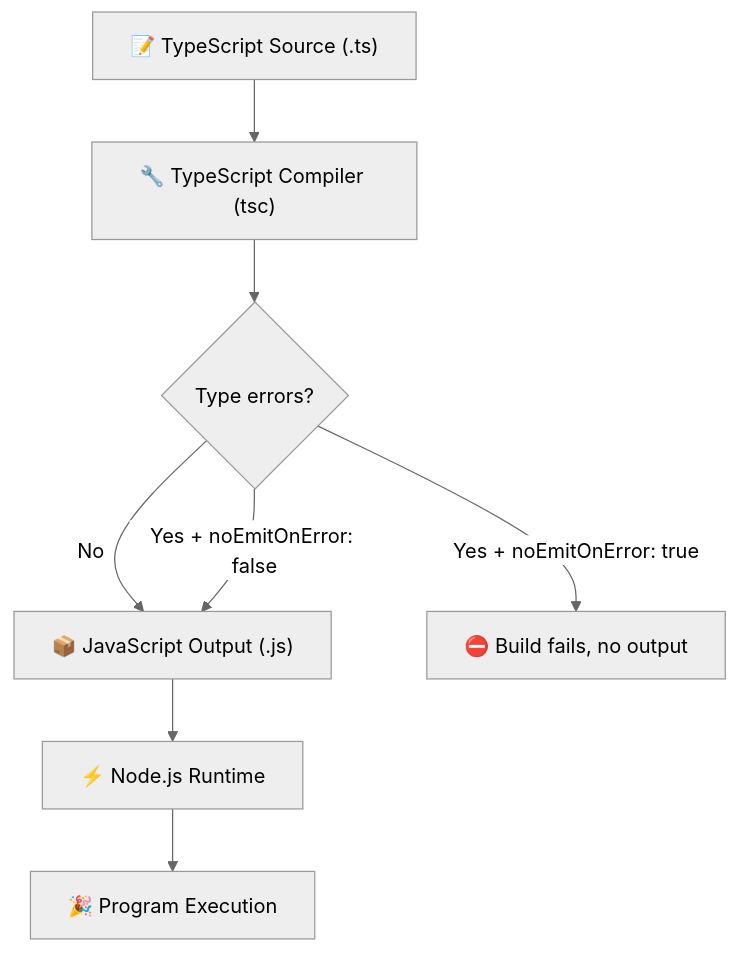
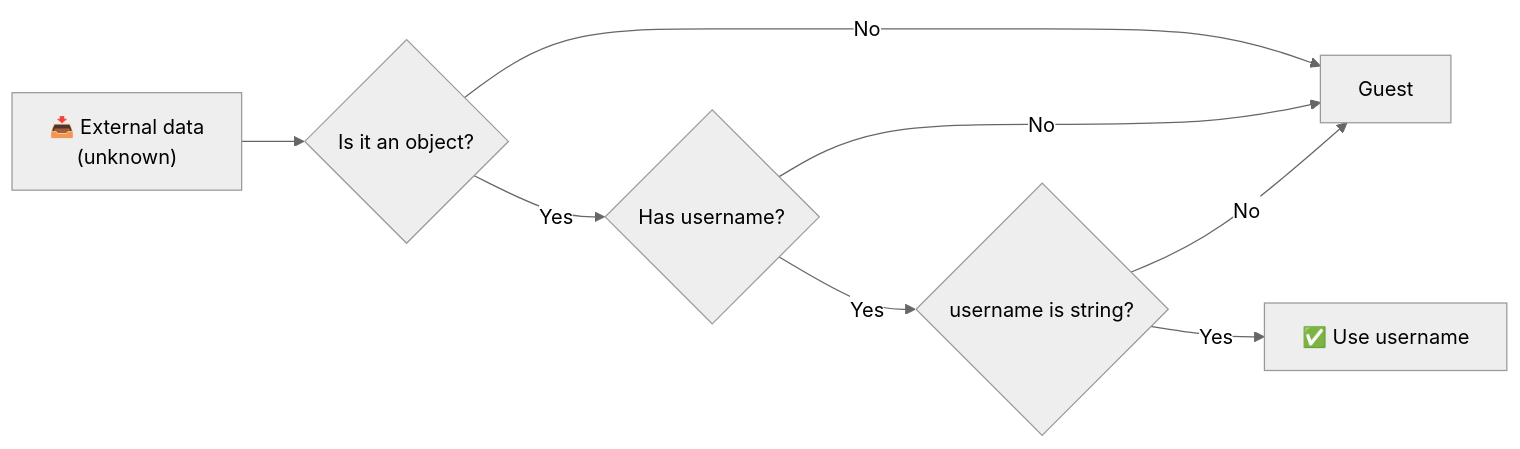
The sixth of 6 diagrams in README.md (jeromelarens/TypeScript-Notes), drawn with Mermaid (neutral theme) before and after one commit. The commit also changed other lines of this file, not shown here.

````diff
--- a/README.md
+++ b/README.md
@@ -225,10 +1196,10 @@
 ```mermaid
-flowchart TD
-    A["📝 TypeScript Source (.ts)"] --> B["🔧 TypeScript Compiler (tsc)"]
-    B --> C{"Type errors?"}
-    C -- "No" --> D["📦 JavaScript Output (.js)"]
-    C -- "Yes + noEmitOnError: true" --> E["⛔ Build fails, no output"]
-    C -- "Yes + noEmitOnError: false" --> D
-    D --> F["⚡ Node.js Runtime"]
-    F --> G["🎉 Program Execution"]
+flowchart LR
+    A["📥 External data<br/>(unknown)"] --> B{"Is it an object?"}
+    B -- No --> G["Guest"]
+    B -- Yes --> C{"Has username?"}
+    C -- No --> G
+    C -- Yes --> D{"username is string?"}
+    D -- No --> G
+    D -- Yes --> E["✅ Use username"]
 ```
````
